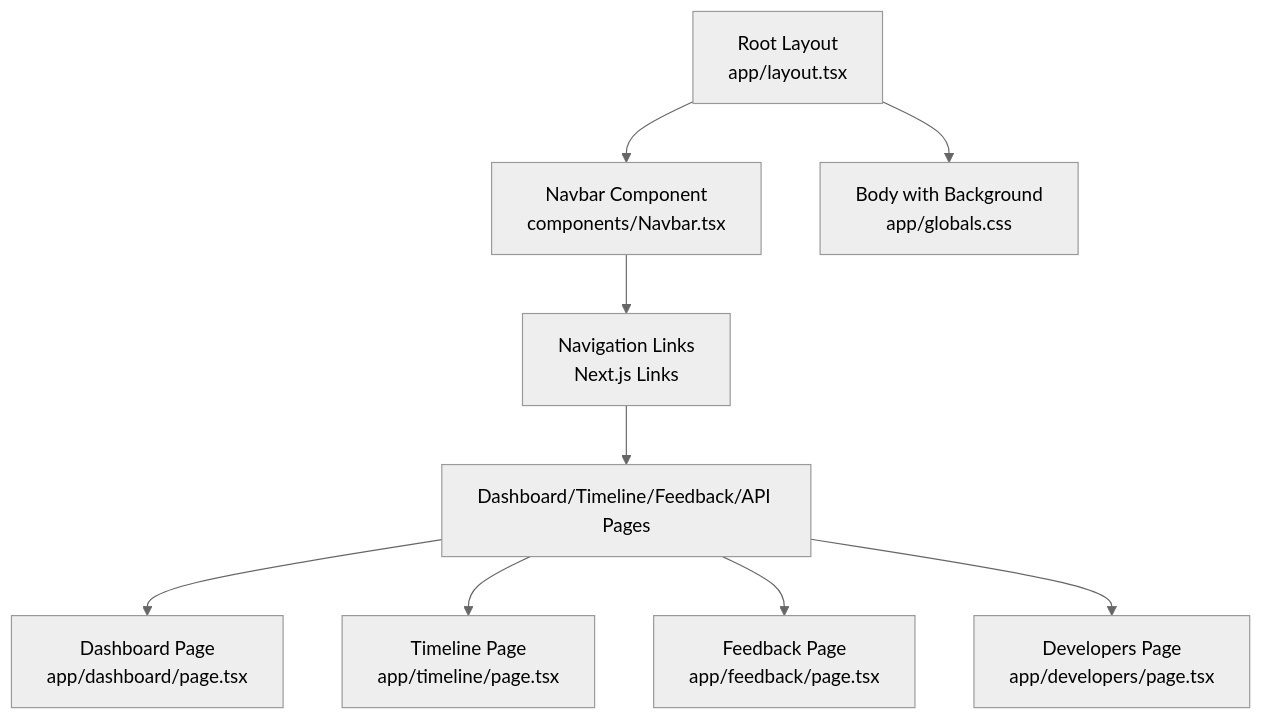
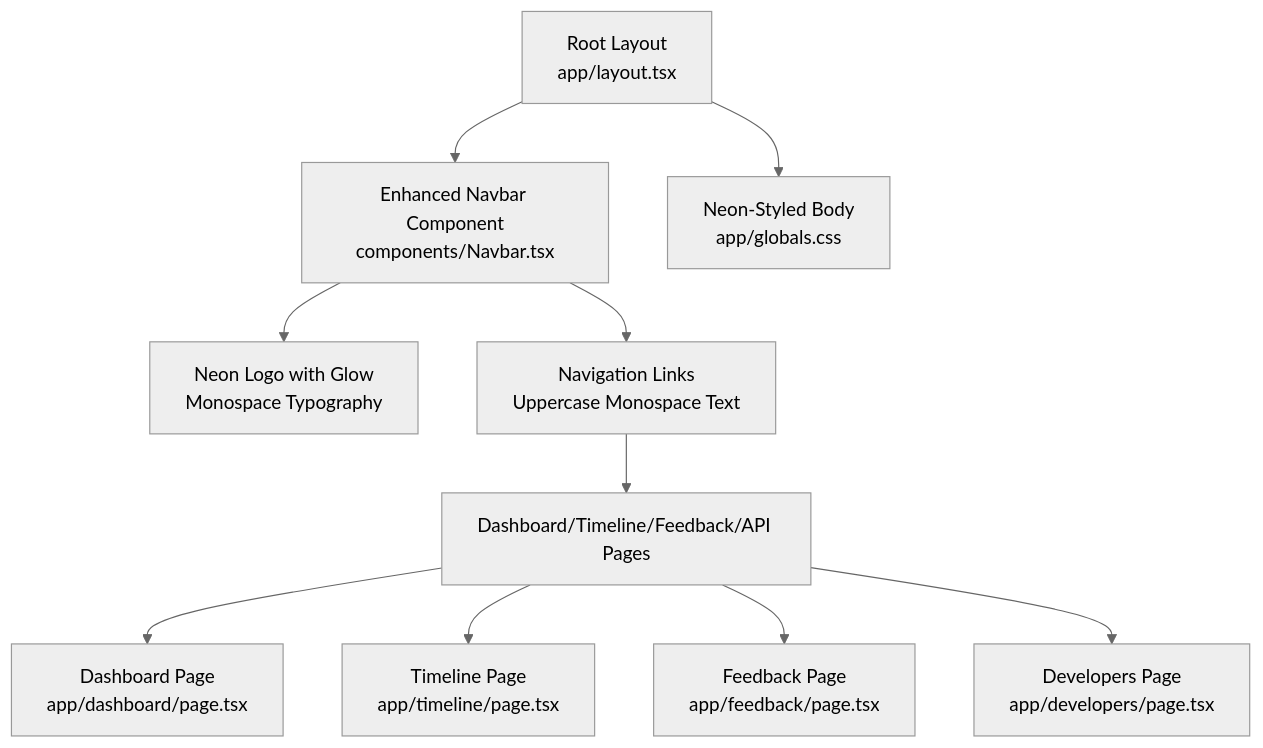
The first of 4 diagrams in .qoder/repowiki/en/content/Frontend Interface/Navigation System.md (Anmo07/Friday), drawn with Mermaid (neutral theme) before and after one commit. The commit also changed other lines of this file and 931 other files, not shown here.

````diff
--- a/.qoder/repowiki/en/content/Frontend Interface/Navigation System.md
+++ b/.qoder/repowiki/en/content/Frontend Interface/Navigation System.md
@@ -42,11 +52,12 @@
 ```mermaid
 graph TB
-Layout["Root Layout<br/>app/layout.tsx"] --> Navbar["Navbar Component<br/>components/Navbar.tsx"]
-Layout --> Body["Body with Background<br/>app/globals.css"]
-Navbar --> Links["Navigation Links<br/>Next.js Links"]
+Layout["Root Layout<br/>app/layout.tsx"] --> Navbar["Enhanced Navbar Component<br/>components/Navbar.tsx"]
+Layout --> Body["Neon-Styled Body<br/>app/globals.css"]
+Navbar --> Logo["Neon Logo with Glow<br/>Monospace Typography"]
+Navbar --> Links["Navigation Links<br/>Uppercase Monospace Text"]
 Links --> Pages["Dashboard/Timeline/Feedback/API Pages"]
 Pages --> Dashboard["Dashboard Page<br/>app/dashboard/page.tsx"]
 Pages --> Timeline["Timeline Page<br/>app/timeline/page.tsx"]
 Pages --> Feedback["Feedback Page<br/>app/feedback/page.tsx"]
 Pages --> Developers["Developers Page<br/>app/developers/page.tsx"]
 ```
````
